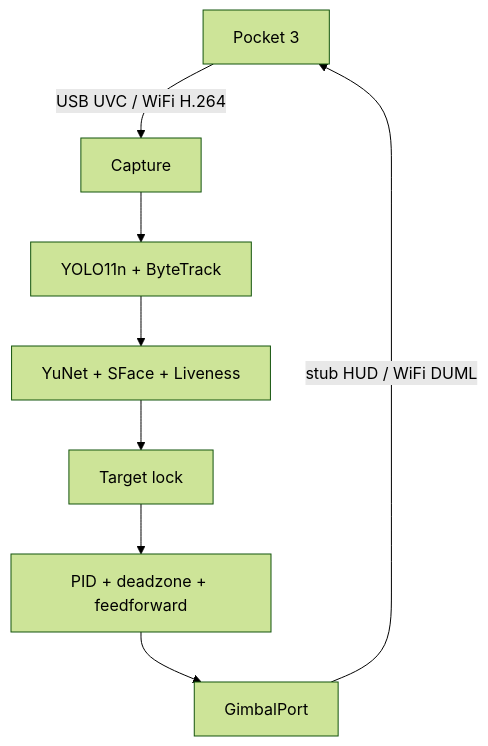
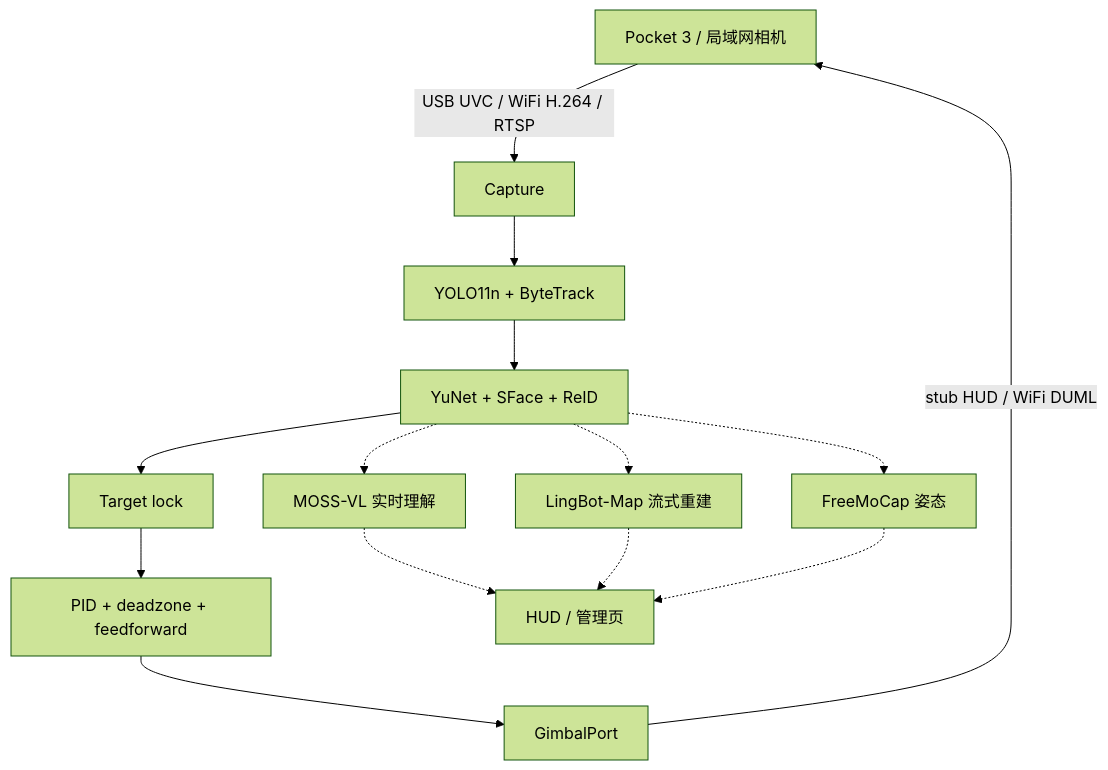
Before and after one commit to showx/PocketShow: the diagram in README.md, drawn with Mermaid (forest theme). The commit also changed other lines of this file and 40 other files, not shown here.

````diff
--- a/README.md
+++ b/README.md
@@ -25,10 +28,16 @@
 ```mermaid
 flowchart TD
-  cam["Pocket 3"] -->|"USB UVC / WiFi H.264"| cap[Capture]
+  cam["Pocket 3 / 局域网相机"] -->|"USB UVC / WiFi H.264 / RTSP"| cap[Capture]
   cap --> det["YOLO11n + ByteTrack"]
-  det --> rec["YuNet + SFace + Liveness"]
+  det --> rec["YuNet + SFace + ReID"]
   rec --> lock[Target lock]
   lock --> pid["PID + deadzone + feedforward"]
   pid --> port[GimbalPort]
   port -->|stub HUD / WiFi DUML| cam
+  rec -.-> scene["MOSS-VL 实时理解"]
+  rec -.-> geomap["LingBot-Map 流式重建"]
+  rec -.-> mocap["FreeMoCap 姿态"]
+  scene -.-> hud[HUD / 管理页]
+  geomap -.-> hud
+  mocap -.-> hud
 ```
````
